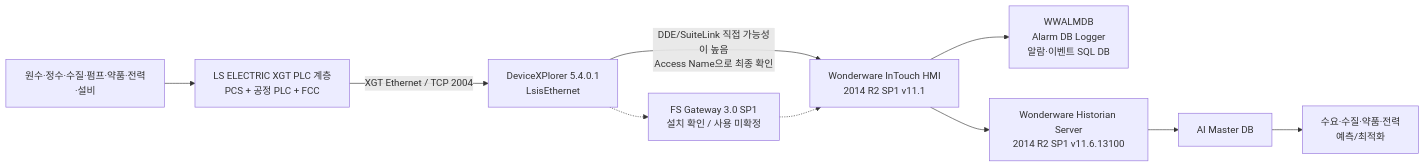
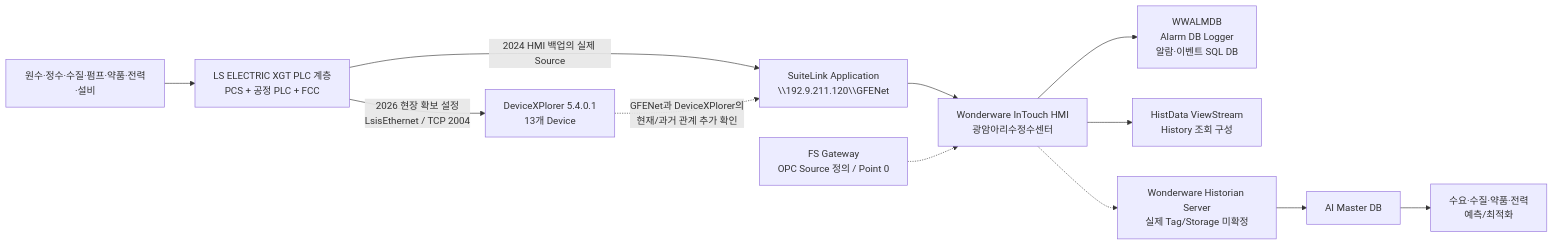
Before and after one commit to hori5000/Rulmera-OPA: the first of 2 diagrams in 20-Water-AI/광암/20-현장-시스템/01-광암-데이터흐름-및-통신구조.md, drawn with Mermaid. The commit also changed other lines of this file and 169 other files, not shown here.

````diff
--- a/20-Water-AI/광암/20-현장-시스템/01-광암-데이터흐름-및-통신구조.md
+++ b/20-Water-AI/광암/20-현장-시스템/01-광암-데이터흐름-및-통신구조.md
@@ -27,12 +38,18 @@
 ```mermaid
 flowchart LR
     FIELD["원수·정수·수질·펌프·약품·전력·설비"] --> PLC["LS ELECTRIC XGT PLC 계층<br/>PCS + 공정 PLC + FCC"]
-    PLC -->|"XGT Ethernet / TCP 2004"| DXP["DeviceXPlorer 5.4.0.1<br/>LsisEthernet"]
-    DXP -->|"DDE/SuiteLink 직접 가능성이 높음<br/>Access Name으로 최종 확인"| IT["Wonderware InTouch HMI<br/>2014 R2 SP1 v11.1"]
-    DXP -.-> FSG["FS Gateway 3.0 SP1<br/>설치 확인 / 사용 미확정"]
-    FSG -.-> IT
+
+    PLC -->|"2026 현장 확보 설정<br/>LsisEthernet / TCP 2004"| DXP["DeviceXPlorer 5.4.0.1<br/>13개 Device"]
+
+    PLC -->|"2024 HMI 백업의 실제 Source"| GF["SuiteLink Application<br/>\\192.9.211.120\\GFENet"]
+    DXP -.->|"GFENet과 DeviceXPlorer의<br/>현재/과거 관계 추가 확인"| GF
+
+    GF --> IT["Wonderware InTouch HMI<br/>광암아리수정수센터"]
+
+    FSG["FS Gateway<br/>OPC Source 정의 / Point 0"] -.-> IT
     IT --> ALMDB["WWALMDB<br/>Alarm DB Logger<br/>알람·이벤트 SQL DB"]
-    IT --> HIST["Wonderware Historian Server<br/>2014 R2 SP1 v11.6.13100"]
+    IT --> HD["HistData ViewStream<br/>History 조회 구성"]
+    IT -.-> HIST["Wonderware Historian Server<br/>실제 Tag/Storage 미확정"]
     HIST --> MASTER["AI Master DB"]
     MASTER --> AI["수요·수질·약품·전력<br/>예측/최적화"]
 ```
````
